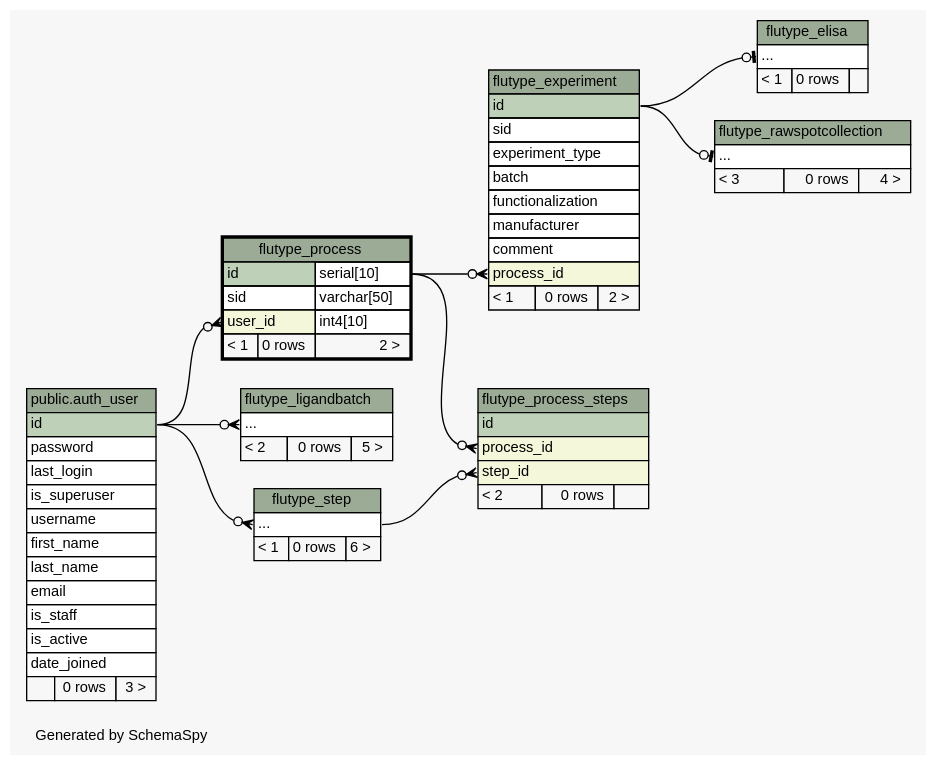
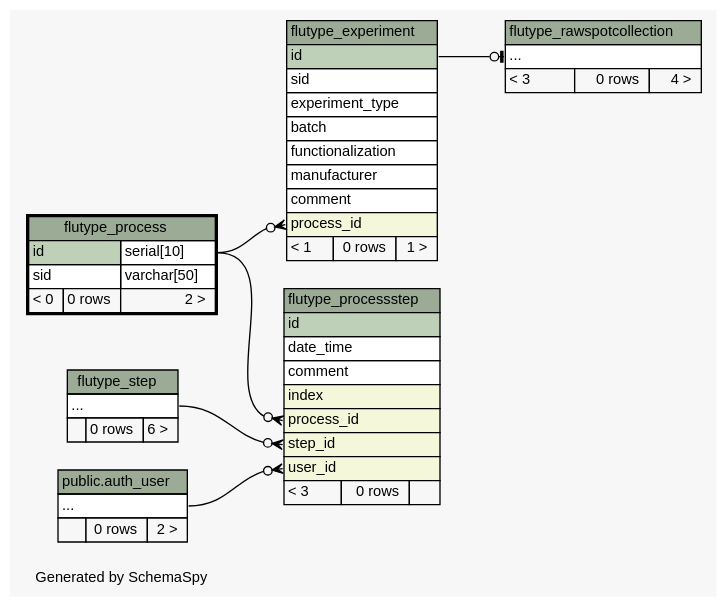
One commit to janekg89/flutype_webapp changed the diagram in docs/schema/diagrams/flutype_process.2degrees.dot. Above: the diagram before and after it, drawn with Graphviz. The commit also changed 137 other files, not shown here.

```diff
--- a/docs/schema/diagrams/flutype_process.2degrees.dot
+++ b/docs/schema/diagrams/flutype_process.2degrees.dot
@@ -1,130 +1,100 @@
 // dot 2.38.0 on Linux 4.10.0-27-generic
 // SchemaSpy rev 590
 digraph "twoDegreesRelationshipsDiagram" {
   graph [
     rankdir="RL"
     bgcolor="#f7f7f7"
     label="\nGenerated by SchemaSpy"
     labeljust="l"
     nodesep="0.18"
     ranksep="0.46"
     fontname="Helvetica"
     fontsize="11"
   ];
   node [
     fontname="Helvetica"
     fontsize="11"
     shape="plaintext"
   ];
   edge [
     arrowsize="0.8"
   ];
-  "flutype_elisa":"elipses":w -> "flutype_experiment":"id":e [arrowhead=none dir=back arrowtail=teeodot];
   "flutype_experiment":"process_id":w -> "flutype_process":"id.type":e [arrowhead=none dir=back arrowtail=crowodot];
-  "flutype_ligandbatch":"elipses":w -> "public.auth_user":"id":e [arrowhead=none dir=back arrowtail=crowodot];
-  "flutype_process":"user_id":w -> "public.auth_user":"id":e [arrowhead=none dir=back arrowtail=crowodot];
-  "flutype_process_steps":"process_id":w -> "flutype_process":"id.type":e [arrowhead=none dir=back arrowtail=crowodot];
-  "flutype_process_steps":"step_id":w -> "flutype_step":"elipses":e [arrowhead=none dir=back arrowtail=crowodot];
+  "flutype_processstep":"process_id":w -> "flutype_process":"id.type":e [arrowhead=none dir=back arrowtail=crowodot];
+  "flutype_processstep":"step_id":w -> "flutype_step":"elipses":e [arrowhead=none dir=back arrowtail=crowodot];
+  "flutype_processstep":"user_id":w -> "public.auth_user":"elipses":e [arrowhead=none dir=back arrowtail=crowodot];
   "flutype_rawspotcollection":"elipses":w -> "flutype_experiment":"id":e [arrowhead=none dir=back arrowtail=teeodot];
-  "flutype_step":"elipses":w -> "public.auth_user":"id":e [arrowhead=none dir=back arrowtail=crowodot];
   "public.auth_user" [
     label=<
     <TABLE BORDER="0" CELLBORDER="1" CELLSPACING="0" BGCOLOR="#ffffff">
       <TR><TD COLSPAN="3" BGCOLOR="#9bab96" ALIGN="CENTER">public.auth_user</TD></TR>
-      <TR><TD PORT="id" COLSPAN="3" BGCOLOR="#bed1b8" ALIGN="LEFT">id</TD></TR>
-      <TR><TD PORT="password" COLSPAN="3" ALIGN="LEFT">password</TD></TR>
-      <TR><TD PORT="last_login" COLSPAN="3" ALIGN="LEFT">last_login</TD></TR>
-      <TR><TD PORT="is_superuser" COLSPAN="3" ALIGN="LEFT">is_superuser</TD></TR>
-      <TR><TD PORT="username" COLSPAN="3" ALIGN="LEFT">username</TD></TR>
-      <TR><TD PORT="first_name" COLSPAN="3" ALIGN="LEFT">first_name</TD></TR>
-      <TR><TD PORT="last_name" COLSPAN="3" ALIGN="LEFT">last_name</TD></TR>
-      <TR><TD PORT="email" COLSPAN="3" ALIGN="LEFT">email</TD></TR>
-      <TR><TD PORT="is_staff" COLSPAN="3" ALIGN="LEFT">is_staff</TD></TR>
-      <TR><TD PORT="is_active" COLSPAN="3" ALIGN="LEFT">is_active</TD></TR>
-      <TR><TD PORT="date_joined" COLSPAN="3" ALIGN="LEFT">date_joined</TD></TR>
-      <TR><TD ALIGN="LEFT" BGCOLOR="#f7f7f7">  </TD><TD ALIGN="RIGHT" BGCOLOR="#f7f7f7">0 rows</TD><TD ALIGN="RIGHT" BGCOLOR="#f7f7f7">3 &gt;</TD></TR>
+      <TR><TD PORT="elipses" COLSPAN="3" ALIGN="LEFT">...</TD></TR>
+      <TR><TD ALIGN="LEFT" BGCOLOR="#f7f7f7">  </TD><TD ALIGN="RIGHT" BGCOLOR="#f7f7f7">0 rows</TD><TD ALIGN="RIGHT" BGCOLOR="#f7f7f7">2 &gt;</TD></TR>
     </TABLE>>
     tooltip="public.auth_user"
-  ];
-  "flutype_elisa" [
-    label=<
-    <TABLE BORDER="0" CELLBORDER="1" CELLSPACING="0" BGCOLOR="#ffffff">
-      <TR><TD COLSPAN="3" BGCOLOR="#9bab96" ALIGN="CENTER">flutype_elisa</TD></TR>
-      <TR><TD PORT="elipses" COLSPAN="3" ALIGN="LEFT">...</TD></TR>
-      <TR><TD ALIGN="LEFT" BGCOLOR="#f7f7f7">&lt; 1</TD><TD ALIGN="RIGHT" BGCOLOR="#f7f7f7">0 rows</TD><TD ALIGN="RIGHT" BGCOLOR="#f7f7f7">  </TD></TR>
-    </TABLE>>
-    URL="flutype_elisa.html"
-    tooltip="flutype_elisa"
   ];
   "flutype_experiment" [
     label=<
     <TABLE BORDER="0" CELLBORDER="1" CELLSPACING="0" BGCOLOR="#ffffff">
       <TR><TD COLSPAN="3" BGCOLOR="#9bab96" ALIGN="CENTER">flutype_experiment</TD></TR>
       <TR><TD PORT="id" COLSPAN="3" BGCOLOR="#bed1b8" ALIGN="LEFT">id</TD></TR>
       <TR><TD PORT="sid" COLSPAN="3" ALIGN="LEFT">sid</TD></TR>
       <TR><TD PORT="experiment_type" COLSPAN="3" ALIGN="LEFT">experiment_type</TD></TR>
       <TR><TD PORT="batch" COLSPAN="3" ALIGN="LEFT">batch</TD></TR>
       <TR><TD PORT="functionalization" COLSPAN="3" ALIGN="LEFT">functionalization</TD></TR>
       <TR><TD PORT="manufacturer" COLSPAN="3" ALIGN="LEFT">manufacturer</TD></TR>
       <TR><TD PORT="comment" COLSPAN="3" ALIGN="LEFT">comment</TD></TR>
       <TR><TD PORT="process_id" COLSPAN="3" BGCOLOR="#f4f7da" ALIGN="LEFT">process_id</TD></TR>
-      <TR><TD ALIGN="LEFT" BGCOLOR="#f7f7f7">&lt; 1</TD><TD ALIGN="RIGHT" BGCOLOR="#f7f7f7">0 rows</TD><TD ALIGN="RIGHT" BGCOLOR="#f7f7f7">2 &gt;</TD></TR>
+      <TR><TD ALIGN="LEFT" BGCOLOR="#f7f7f7">&lt; 1</TD><TD ALIGN="RIGHT" BGCOLOR="#f7f7f7">0 rows</TD><TD ALIGN="RIGHT" BGCOLOR="#f7f7f7">1 &gt;</TD></TR>
     </TABLE>>
     URL="flutype_experiment.html"
     tooltip="flutype_experiment"
-  ];
-  "flutype_ligandbatch" [
-    label=<
-    <TABLE BORDER="0" CELLBORDER="1" CELLSPACING="0" BGCOLOR="#ffffff">
-      <TR><TD COLSPAN="3" BGCOLOR="#9bab96" ALIGN="CENTER">flutype_ligandbatch</TD></TR>
-      <TR><TD PORT="elipses" COLSPAN="3" ALIGN="LEFT">...</TD></TR>
-      <TR><TD ALIGN="LEFT" BGCOLOR="#f7f7f7">&lt; 2</TD><TD ALIGN="RIGHT" BGCOLOR="#f7f7f7">0 rows</TD><TD ALIGN="RIGHT" BGCOLOR="#f7f7f7">5 &gt;</TD></TR>
-    </TABLE>>
-    URL="flutype_ligandbatch.html"
-    tooltip="flutype_ligandbatch"
   ];
   "flutype_process" [
     label=<
     <TABLE BORDER="2" CELLBORDER="1" CELLSPACING="0" BGCOLOR="#ffffff">
       <TR><TD COLSPAN="3" BGCOLOR="#9bab96" ALIGN="CENTER">flutype_process</TD></TR>
       <TR><TD PORT="id" COLSPAN="2" BGCOLOR="#bed1b8" ALIGN="LEFT">id</TD><TD PORT="id.type" ALIGN="LEFT">serial[10]</TD></TR>
       <TR><TD PORT="sid" COLSPAN="2" ALIGN="LEFT">sid</TD><TD PORT="sid.type" ALIGN="LEFT">varchar[50]</TD></TR>
-      <TR><TD PORT="user_id" COLSPAN="2" BGCOLOR="#f4f7da" ALIGN="LEFT">user_id</TD><TD PORT="user_id.type" ALIGN="LEFT">int4[10]</TD></TR>
-      <TR><TD ALIGN="LEFT" BGCOLOR="#f7f7f7">&lt; 1</TD><TD ALIGN="RIGHT" BGCOLOR="#f7f7f7">0 rows</TD><TD ALIGN="RIGHT" BGCOLOR="#f7f7f7">2 &gt;</TD></TR>
+      <TR><TD ALIGN="LEFT" BGCOLOR="#f7f7f7">&lt; 0</TD><TD ALIGN="RIGHT" BGCOLOR="#f7f7f7">0 rows</TD><TD ALIGN="RIGHT" BGCOLOR="#f7f7f7">2 &gt;</TD></TR>
     </TABLE>>
     URL="flutype_process.html"
     tooltip="flutype_process"
   ];
-  "flutype_process_steps" [
+  "flutype_processstep" [
     label=<
     <TABLE BORDER="0" CELLBORDER="1" CELLSPACING="0" BGCOLOR="#ffffff">
-      <TR><TD COLSPAN="3" BGCOLOR="#9bab96" ALIGN="CENTER">flutype_process_steps</TD></TR>
+      <TR><TD COLSPAN="3" BGCOLOR="#9bab96" ALIGN="CENTER">flutype_processstep</TD></TR>
       <TR><TD PORT="id" COLSPAN="3" BGCOLOR="#bed1b8" ALIGN="LEFT">id</TD></TR>
+      <TR><TD PORT="date_time" COLSPAN="3" ALIGN="LEFT">date_time</TD></TR>
+      <TR><TD PORT="comment" COLSPAN="3" ALIGN="LEFT">comment</TD></TR>
+      <TR><TD PORT="index" COLSPAN="3" BGCOLOR="#f4f7da" ALIGN="LEFT">index</TD></TR>
       <TR><TD PORT="process_id" COLSPAN="3" BGCOLOR="#f4f7da" ALIGN="LEFT">process_id</TD></TR>
       <TR><TD PORT="step_id" COLSPAN="3" BGCOLOR="#f4f7da" ALIGN="LEFT">step_id</TD></TR>
-      <TR><TD ALIGN="LEFT" BGCOLOR="#f7f7f7">&lt; 2</TD><TD ALIGN="RIGHT" BGCOLOR="#f7f7f7">0 rows</TD><TD ALIGN="RIGHT" BGCOLOR="#f7f7f7">  </TD></TR>
+      <TR><TD PORT="user_id" COLSPAN="3" BGCOLOR="#f4f7da" ALIGN="LEFT">user_id</TD></TR>
+      <TR><TD ALIGN="LEFT" BGCOLOR="#f7f7f7">&lt; 3</TD><TD ALIGN="RIGHT" BGCOLOR="#f7f7f7">0 rows</TD><TD ALIGN="RIGHT" BGCOLOR="#f7f7f7">  </TD></TR>
     </TABLE>>
-    URL="flutype_process_steps.html"
-    tooltip="flutype_process_steps"
+    URL="flutype_processstep.html"
+    tooltip="flutype_processstep"
   ];
   "flutype_rawspotcollection" [
     label=<
     <TABLE BORDER="0" CELLBORDER="1" CELLSPACING="0" BGCOLOR="#ffffff">
       <TR><TD COLSPAN="3" BGCOLOR="#9bab96" ALIGN="CENTER">flutype_rawspotcollection</TD></TR>
       <TR><TD PORT="elipses" COLSPAN="3" ALIGN="LEFT">...</TD></TR>
       <TR><TD ALIGN="LEFT" BGCOLOR="#f7f7f7">&lt; 3</TD><TD ALIGN="RIGHT" BGCOLOR="#f7f7f7">0 rows</TD><TD ALIGN="RIGHT" BGCOLOR="#f7f7f7">4 &gt;</TD></TR>
     </TABLE>>
     URL="flutype_rawspotcollection.html"
     tooltip="flutype_rawspotcollection"
   ];
   "flutype_step" [
     label=<
     <TABLE BORDER="0" CELLBORDER="1" CELLSPACING="0" BGCOLOR="#ffffff">
       <TR><TD COLSPAN="3" BGCOLOR="#9bab96" ALIGN="CENTER">flutype_step</TD></TR>
       <TR><TD PORT="elipses" COLSPAN="3" ALIGN="LEFT">...</TD></TR>
-      <TR><TD ALIGN="LEFT" BGCOLOR="#f7f7f7">&lt; 1</TD><TD ALIGN="RIGHT" BGCOLOR="#f7f7f7">0 rows</TD><TD ALIGN="RIGHT" BGCOLOR="#f7f7f7">6 &gt;</TD></TR>
+      <TR><TD ALIGN="LEFT" BGCOLOR="#f7f7f7">  </TD><TD ALIGN="RIGHT" BGCOLOR="#f7f7f7">0 rows</TD><TD ALIGN="RIGHT" BGCOLOR="#f7f7f7">6 &gt;</TD></TR>
     </TABLE>>
     URL="flutype_step.html"
     tooltip="flutype_step"
   ];
 }
```
